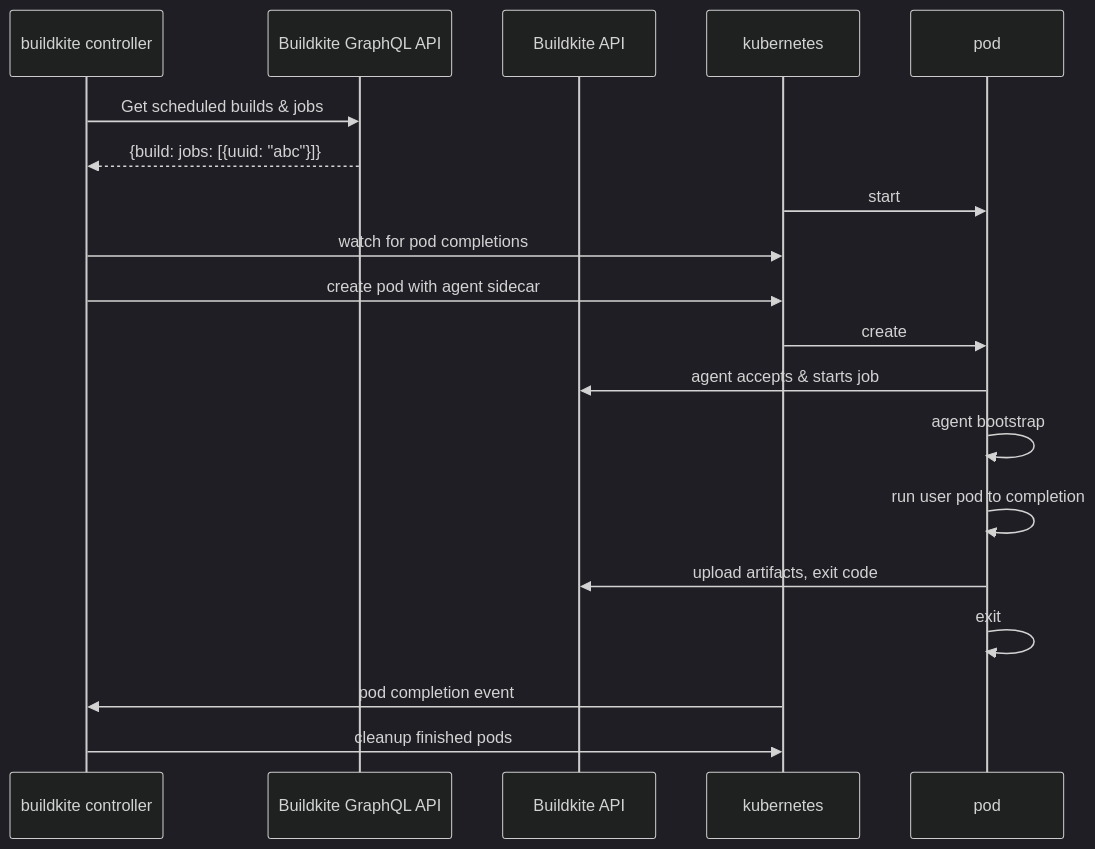
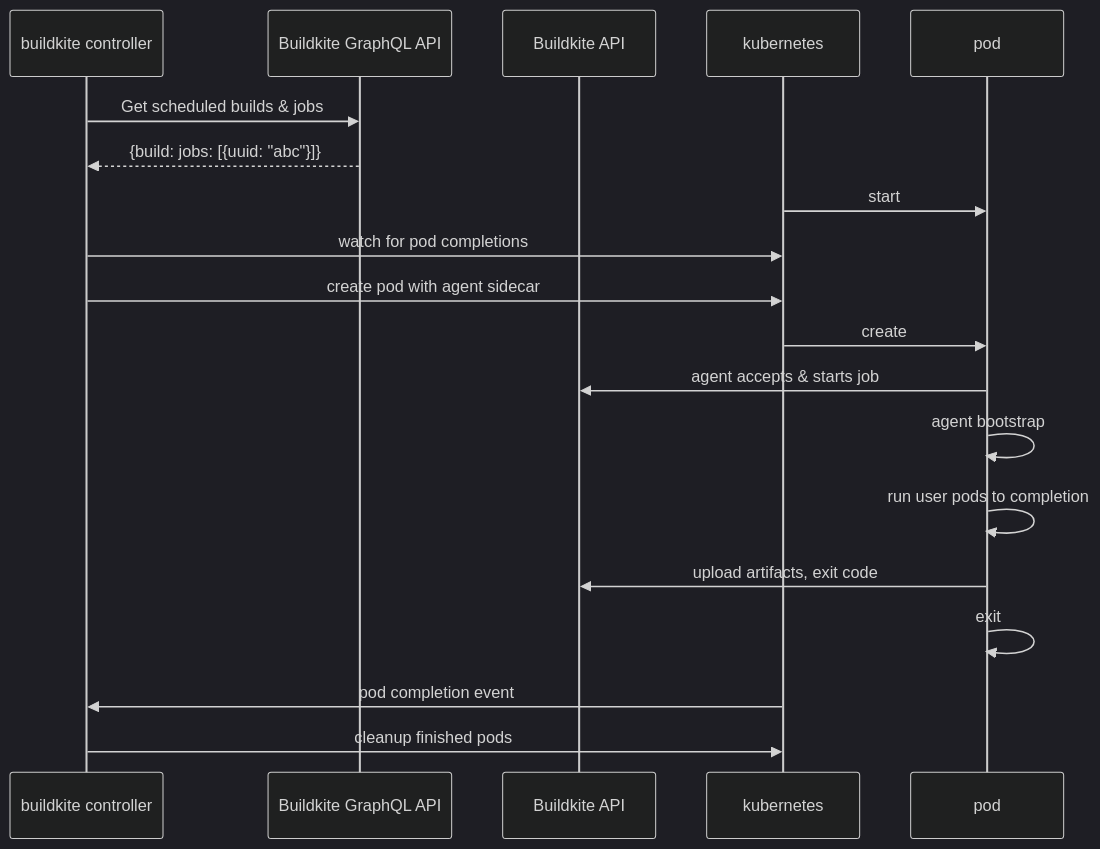
One commit to buildkite/agent-stack-k8s changed the diagram in README.md. Above: the diagram before and after it, drawn with Mermaid (dark theme). The commit also changed other lines of this file, not shown here.

````diff
--- a/README.md
+++ b/README.md
@@ -38,20 +66,20 @@
 ```mermaid
 sequenceDiagram
     participant bc as buildkite controller
     participant gql as Buildkite GraphQL API
     participant bapi as Buildkite API
     participant kubernetes
     bc->>gql: Get scheduled builds & jobs
     gql-->>bc: {build: jobs: [{uuid: "abc"}]}
     kubernetes->>pod: start
     bc->>kubernetes: watch for pod completions
     bc->>kubernetes: create pod with agent sidecar
     kubernetes->>pod: create
     pod->>bapi: agent accepts & starts job
     pod->>pod: agent bootstrap
-    pod->>pod: run user pod to completion
+    pod->>pod: run user pods to completion
     pod->>bapi: upload artifacts, exit code
     pod->>pod: exit
     kubernetes->>bc: pod completion event
     bc->>kubernetes: cleanup finished pods
 ```
````
